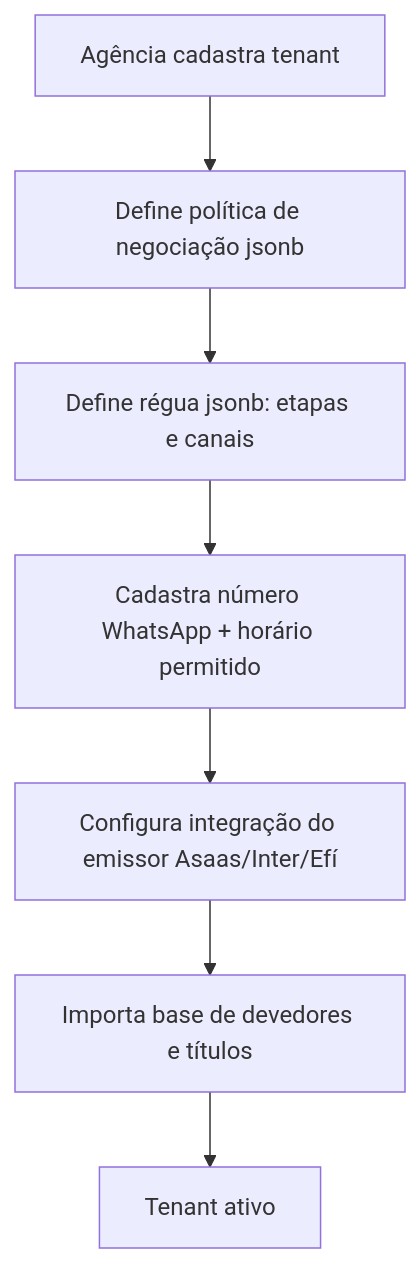
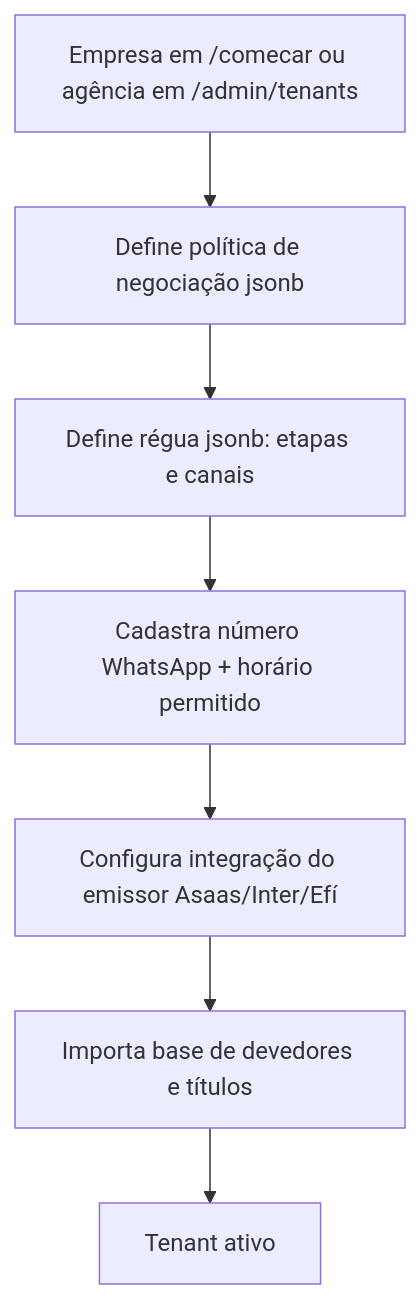
Before and after one commit to faelsou/settlr: the second of 13 diagrams in FLUXOS.md, drawn with Mermaid. The commit also changed other lines of this file and 16 other files, not shown here.

````diff
--- a/FLUXOS.md
+++ b/FLUXOS.md
@@ -100,9 +100,9 @@
 ```mermaid
 flowchart TD
-    A[Agência cadastra tenant] --> B[Define política de negociação jsonb]
+    A[Empresa em /comecar ou agência em /admin/tenants] --> B[Define política de negociação jsonb]
     B --> C[Define régua jsonb: etapas e canais]
     C --> D[Cadastra número WhatsApp + horário permitido]
     D --> E[Configura integração do emissor Asaas/Inter/Efí]
     E --> F[Importa base de devedores e títulos]
     F --> G[Tenant ativo]
 ```
````
